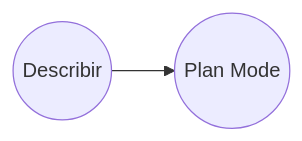
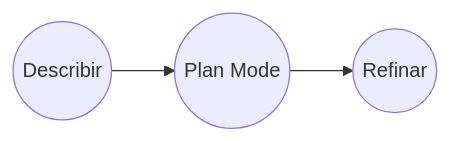
Before and after one commit to sramire3000/documentacion: the diagram in OpenCode/SpecDrivenDevelopment.md, drawn with Mermaid.

Commit message:
Update SpecDrivenDevelopment.md with flowchart

````diff
--- a/OpenCode/SpecDrivenDevelopment.md
+++ b/OpenCode/SpecDrivenDevelopment.md
@@ -4,4 +4,5 @@
 ```mermaid
 graph LR
 A((Describir)) --> B((Plan Mode))
+B --> C((Refinar))
 ```
````
